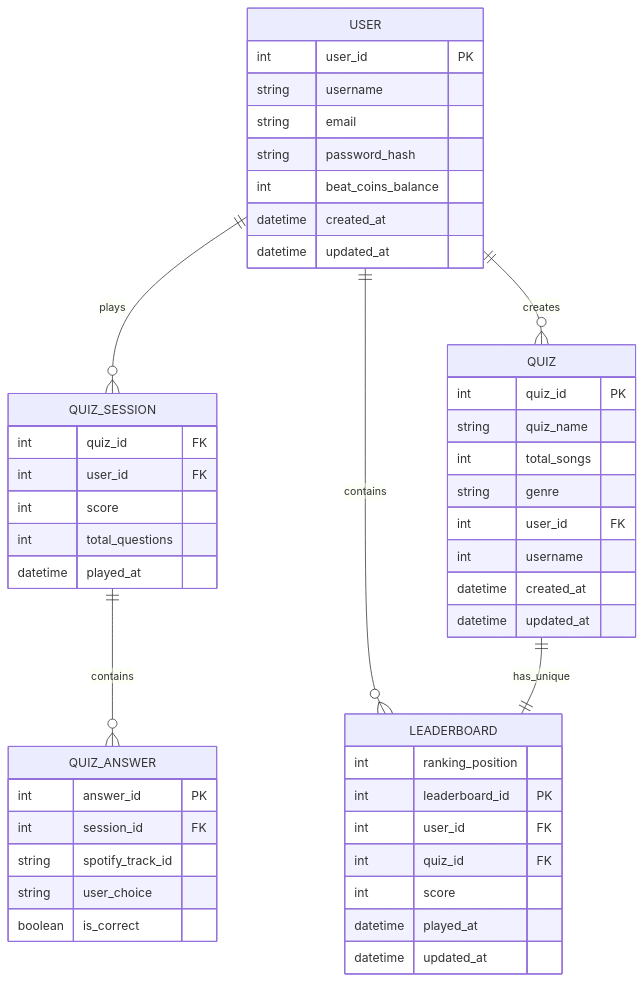
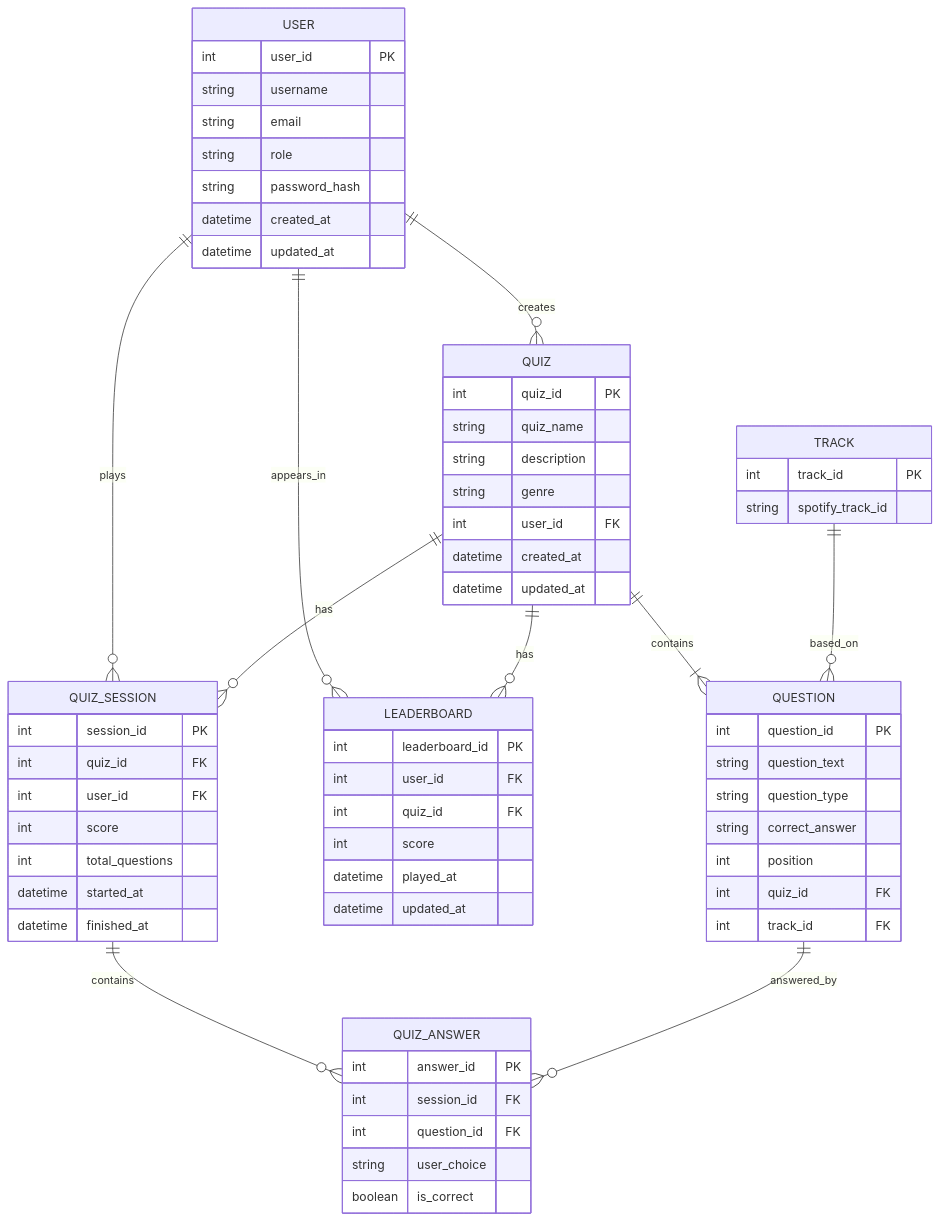
The diagram in docs/02-data-model.md (paull2906/FSWB), drawn with Mermaid before and after one commit. The commit also changed other lines of this file, not shown here.

Commit message:
Revise data model and update translations
Updated data model to reflect changes in relationships and attributes, including the addition of 'description' for Quiz and 'role' for User. Translated section headers and descriptions to German.

````diff
--- a/docs/02-data-model.md
+++ b/docs/02-data-model.md
@@ -16,57 +16,76 @@
 ```mermaid
 
 erDiagram
     USER ||--o{ QUIZ_SESSION : plays
-    USER ||--o{ LEADERBOARD : contains
+    USER ||--o{ LEADERBOARD : appears_in
+    QUIZ ||--o{ QUIZ_SESSION : has
     QUIZ_SESSION ||--o{ QUIZ_ANSWER : contains
     USER ||--o{ QUIZ : creates
-    QUIZ ||--|| LEADERBOARD : has_unique
+    QUIZ ||--o{ LEADERBOARD : has
+    QUIZ ||--|{ QUESTION : contains
+    TRACK ||--o{ QUESTION : based_on
+    QUESTION ||--o{ QUIZ_ANSWER : answered_by
+    
     
     USER {
         int user_id PK
         string username
         string email
+        string role
         string password_hash
-        int beat_coins_balance
         datetime created_at
         datetime updated_at
     }
 
     QUIZ {
         int quiz_id PK
         string quiz_name
-        int total_songs
+        string description
         string genre
         int user_id FK
-        int username
         datetime created_at
         datetime updated_at
-
-  }
+      }
 
     QUIZ_SESSION {
+        int session_id PK
         int quiz_id FK
         int user_id FK
         int score
         int total_questions
-        datetime played_at
+        datetime started_at
+        datetime finished_at
     }
+
+    TRACK {
+        int track_id PK
+        string spotify_track_id
+    }
+
+    QUESTION {
+        int question_id PK
+        string question_text
+        string question_type
+        string correct_answer
+        int position
+        int quiz_id FK
+        int track_id FK
+    }    
 
     QUIZ_ANSWER {
         int answer_id PK
         int session_id FK
-        string spotify_track_id
+        int question_id FK
         string user_choice
         boolean is_correct
     }
 
   LEADERBOARD {
-        int ranking_position
         int leaderboard_id PK
         int user_id FK
         int quiz_id FK
         int score
         datetime played_at
         datetime updated_at
  }
 ```
````
